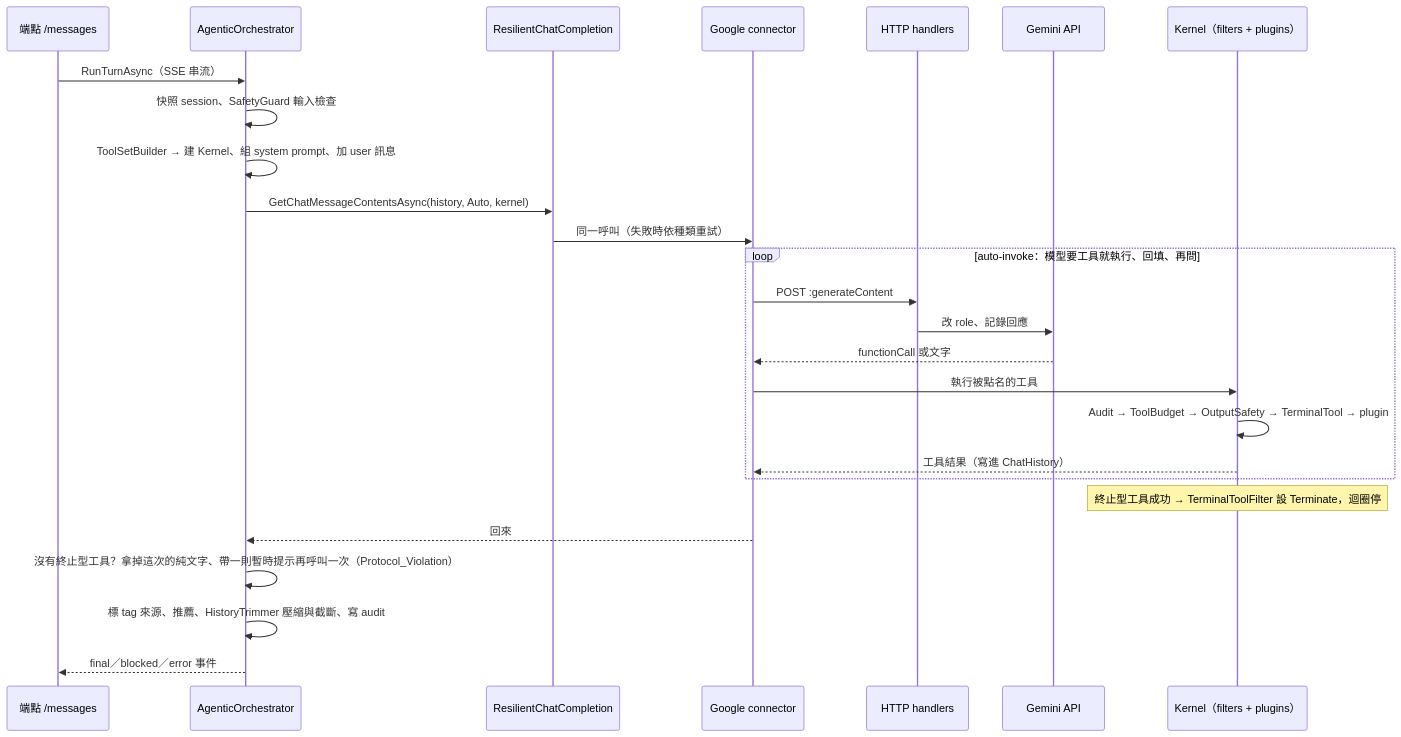
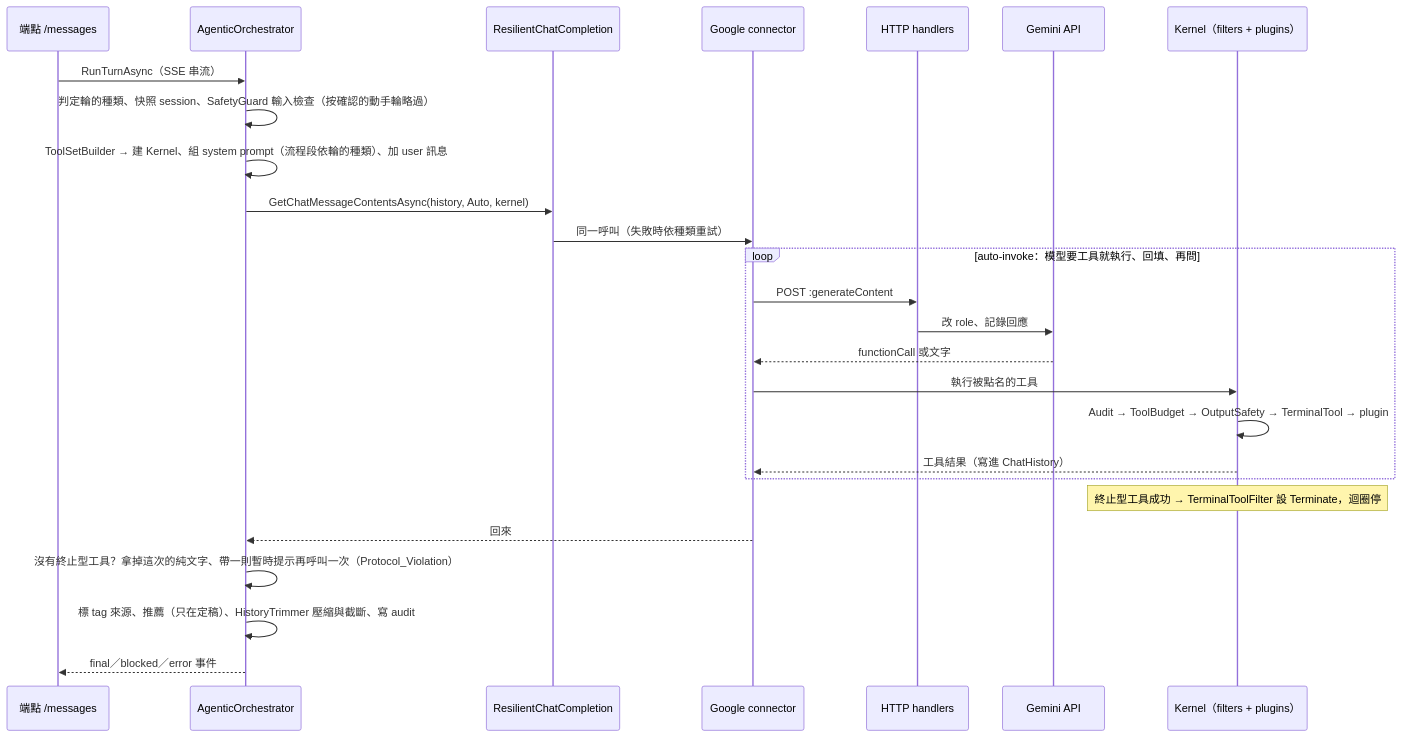
One commit to zhengjielin2018-web/GenAIPromptCopilot changed the second of 2 diagrams in docs/SK架構說明.md. Above: the diagram before and after it, drawn with Mermaid. The commit also changed other lines of this file and 12 other files, not shown here.

````diff
--- a/docs/SK架構說明.md
+++ b/docs/SK架構說明.md
@@ -77,29 +82,29 @@
 ```mermaid
 sequenceDiagram
     participant E as 端點 /messages
     participant O as AgenticOrchestrator
     participant R as ResilientChatCompletion
     participant C as Google connector
     participant H as HTTP handlers
     participant G as Gemini API
     participant K as Kernel（filters + plugins）
 
     E->>O: RunTurnAsync（SSE 串流）
-    O->>O: 快照 session、SafetyGuard 輸入檢查
-    O->>O: ToolSetBuilder → 建 Kernel、組 system prompt、加 user 訊息
+    O->>O: 判定輪的種類、快照 session、SafetyGuard 輸入檢查（按確認的動手輪略過）
+    O->>O: ToolSetBuilder → 建 Kernel、組 system prompt（流程段依輪的種類）、加 user 訊息
     O->>R: GetChatMessageContentsAsync(history, Auto, kernel)
     R->>C: 同一呼叫（失敗時依種類重試）
     loop auto-invoke：模型要工具就執行、回填、再問
         C->>H: POST :generateContent
         H->>G: 改 role、記錄回應
         G-->>C: functionCall 或文字
         C->>K: 執行被點名的工具
         K->>K: Audit → ToolBudget → OutputSafety → TerminalTool → plugin
         K-->>C: 工具結果（寫進 ChatHistory）
     end
     Note over K: 終止型工具成功 → TerminalToolFilter 設 Terminate，迴圈停
     C-->>O: 回來
     O->>O: 沒有終止型工具？拿掉這次的純文字、帶一則暫時提示再呼叫一次（Protocol_Violation）
-    O->>O: 標 tag 來源、推薦、HistoryTrimmer 壓縮與截斷、寫 audit
+    O->>O: 標 tag 來源、推薦（只在定稿）、HistoryTrimmer 壓縮與截斷、寫 audit
     O-->>E: final／blocked／error 事件
 ```
````
